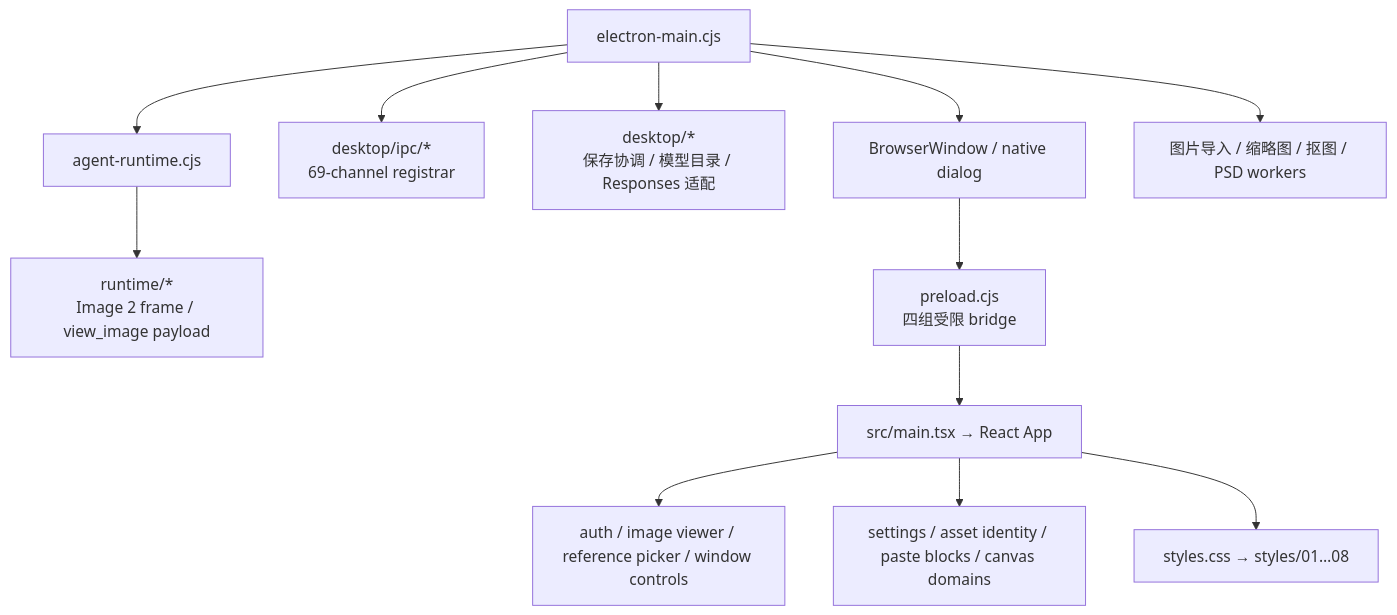
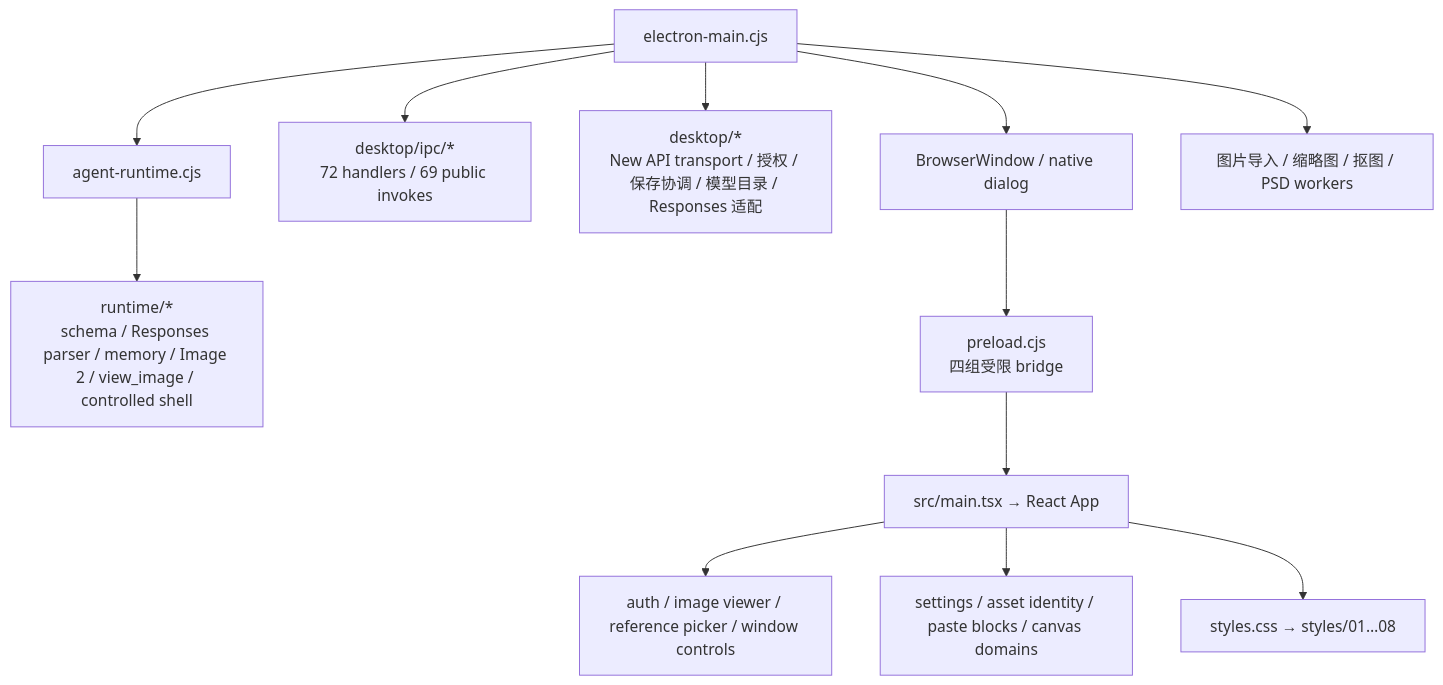
The second of 2 diagrams in WORKSPACE_CONTEXT_MAP.md (naMeaning/SparkAI-WorkSpace), drawn with Mermaid before and after one commit. The commit also changed other lines of this file and 9 other files, not shown here.

````diff
--- a/WORKSPACE_CONTEXT_MAP.md
+++ b/WORKSPACE_CONTEXT_MAP.md
@@ -48,14 +48,14 @@
 ```mermaid
 flowchart TD
   Entry["electron-main.cjs"] --> Window["BrowserWindow / native dialog"]
-  Entry --> Ipc["desktop/ipc/*\n69-channel registrar"]
-  Entry --> DesktopModules["desktop/*\n保存协调 / 模型目录 / Responses 适配"]
+  Entry --> Ipc["desktop/ipc/*\n72 handlers / 69 public invokes"]
+  Entry --> DesktopModules["desktop/*\nNew API transport / 授权 / 保存协调 / 模型目录 / Responses 适配"]
   Entry --> Runtime["agent-runtime.cjs"]
-  Runtime --> RuntimeModules["runtime/*\nImage 2 frame / view_image payload"]
+  Runtime --> RuntimeModules["runtime/*\nschema / Responses parser / memory / Image 2 / view_image / controlled shell"]
   Entry --> Workers["图片导入 / 缩略图 / 抠图 / PSD workers"]
   Window --> Preload["preload.cjs\n四组受限 bridge"]
   Preload --> Renderer["src/main.tsx → React App"]
   Renderer --> SurfaceModules["auth / image viewer / reference picker / window controls"]
   Renderer --> DomainModules["settings / asset identity / paste blocks / canvas domains"]
   Renderer --> Styles["styles.css → styles/01…08"]
 ```
````
